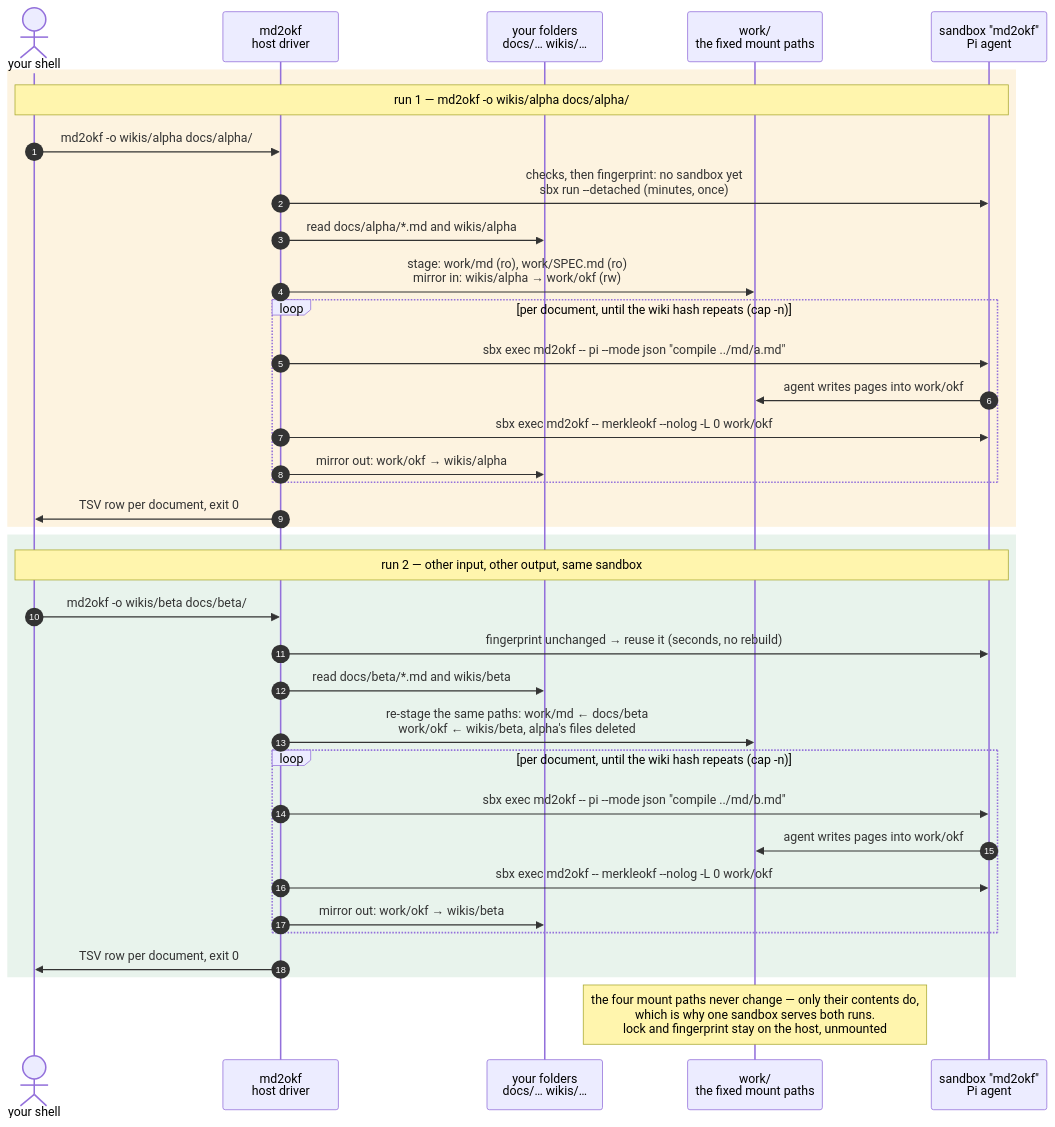
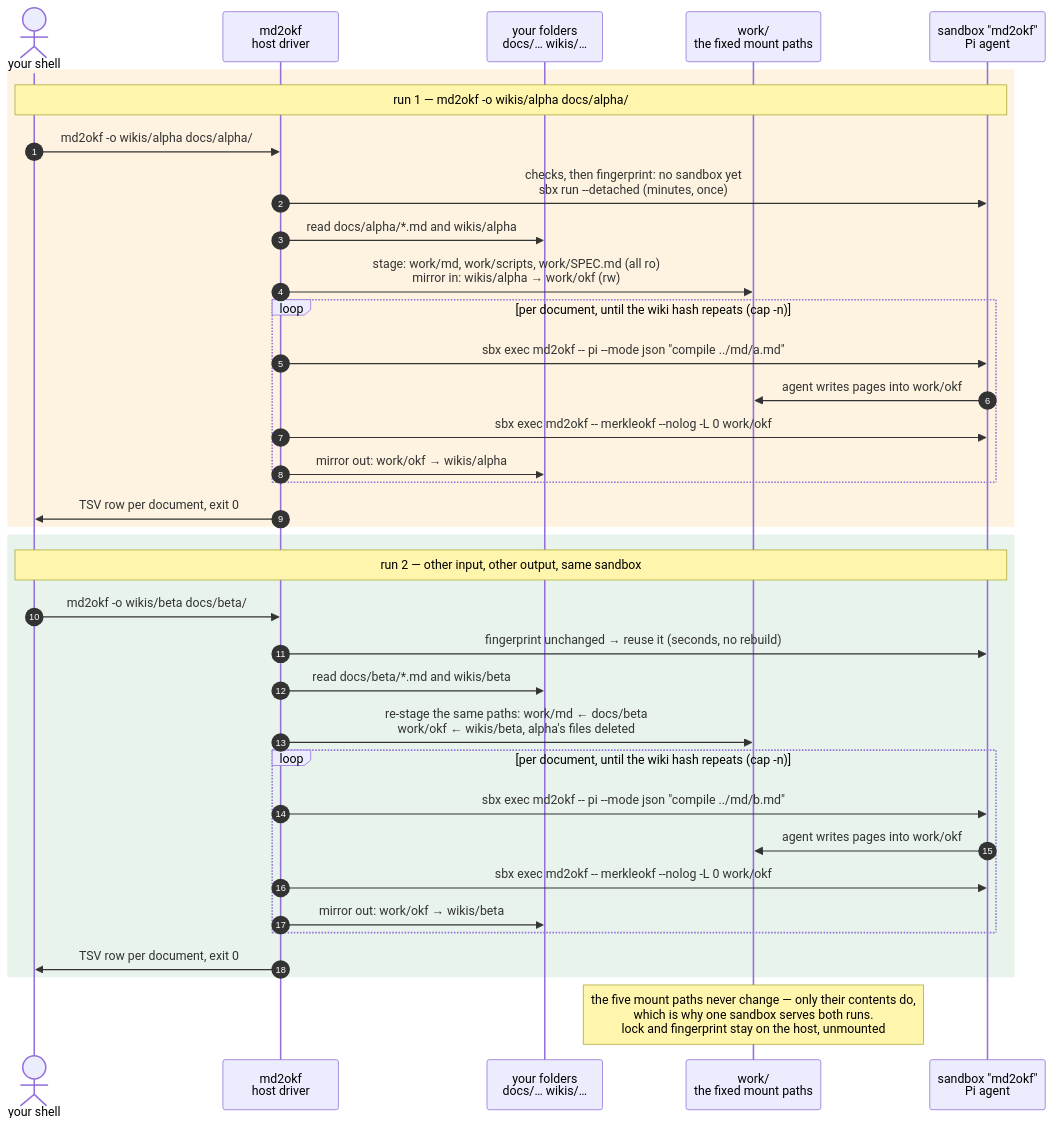
The first of 2 diagrams in .claude/plans/interface-plan.md (lars20070/md2okf), drawn with Mermaid before and after one commit. The commit also changed other lines of this file, not shown here.

````diff
--- a/.claude/plans/interface-plan.md
+++ b/.claude/plans/interface-plan.md
@@ -202,41 +210,41 @@
 ```mermaid
 sequenceDiagram
   autonumber
   actor U as your shell
   participant D as md2okf<br/>host driver
   participant H as your folders<br/>docs/… wikis/…
   participant W as work/<br/>the fixed mount paths
   participant S as sandbox "md2okf"<br/>Pi agent
 
   rect rgb(253, 243, 224)
   Note over U,S: run 1 — md2okf -o wikis/alpha docs/alpha/
   U->>D: md2okf -o wikis/alpha docs/alpha/
   D->>S: checks, then fingerprint: no sandbox yet<br/>sbx run --detached (minutes, once)
   D->>H: read docs/alpha/*.md and wikis/alpha
-  D->>W: stage: work/md (ro), work/SPEC.md (ro)<br/>mirror in: wikis/alpha → work/okf (rw)
+  D->>W: stage: work/md, work/scripts, work/SPEC.md (all ro)<br/>mirror in: wikis/alpha → work/okf (rw)
   loop per document, until the wiki hash repeats (cap -n)
     D->>S: sbx exec md2okf -- pi --mode json "compile ../md/a.md"
     S->>W: agent writes pages into work/okf
     D->>S: sbx exec md2okf -- merkleokf --nolog -L 0 work/okf
     D->>H: mirror out: work/okf → wikis/alpha
   end
   D->>U: TSV row per document, exit 0
   end
 
   rect rgb(232, 243, 236)
   Note over U,S: run 2 — other input, other output, same sandbox
   U->>D: md2okf -o wikis/beta docs/beta/
   D->>S: fingerprint unchanged → reuse it (seconds, no rebuild)
   D->>H: read docs/beta/*.md and wikis/beta
   D->>W: re-stage the same paths: work/md ← docs/beta<br/>work/okf ← wikis/beta, alpha's files deleted
   loop per document, until the wiki hash repeats (cap -n)
     D->>S: sbx exec md2okf -- pi --mode json "compile ../md/b.md"
     S->>W: agent writes pages into work/okf
     D->>S: sbx exec md2okf -- merkleokf --nolog -L 0 work/okf
     D->>H: mirror out: work/okf → wikis/beta
   end
   D->>U: TSV row per document, exit 0
   end
 
-  Note over W: the four mount paths never change — only their contents do,<br/>which is why one sandbox serves both runs.<br/>lock and fingerprint stay on the host, unmounted
+  Note over W: the five mount paths never change — only their contents do,<br/>which is why one sandbox serves both runs.<br/>lock and fingerprint stay on the host, unmounted
 ```
````
